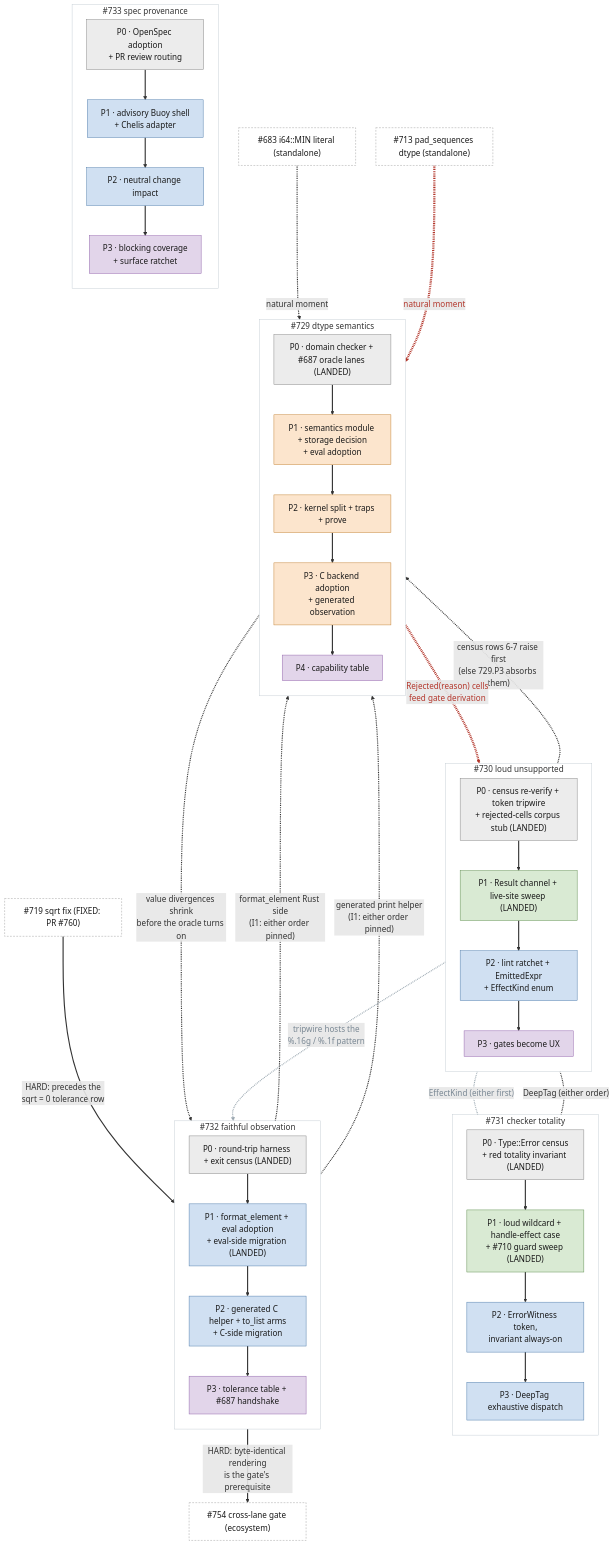
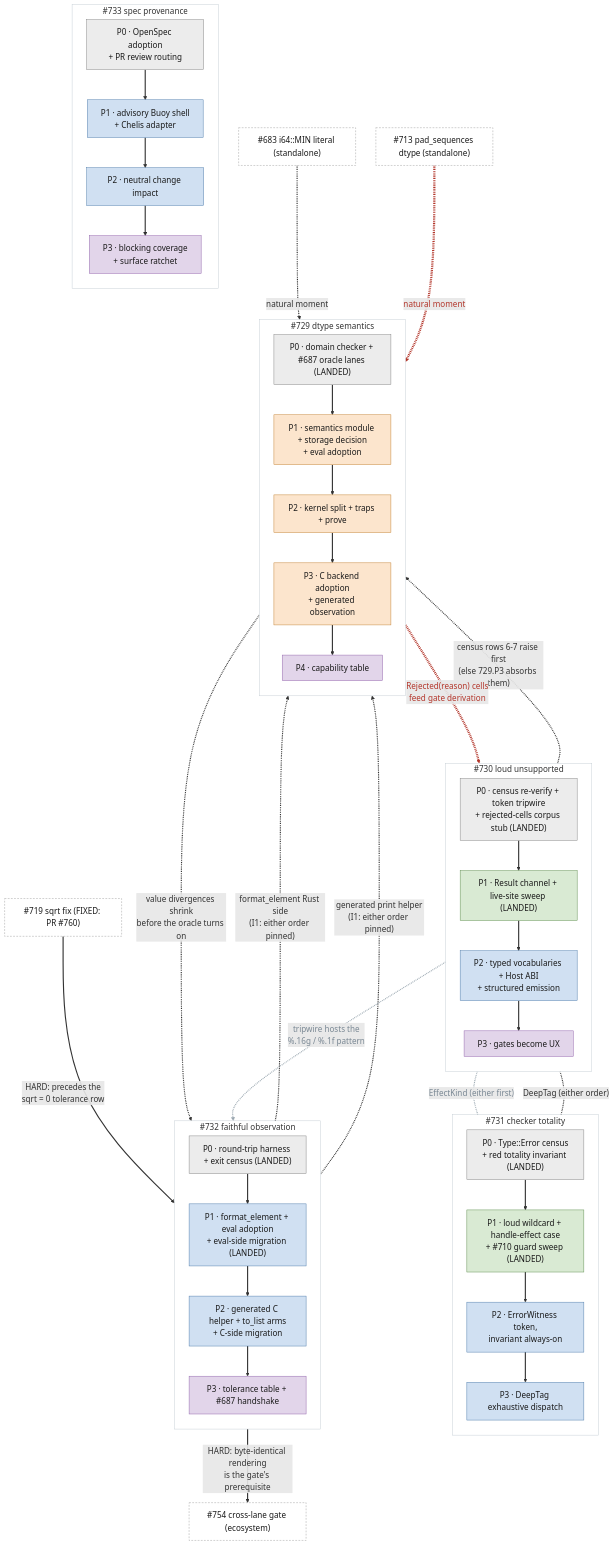
One commit to Chelis-Lang/chelis changed the diagram in spec/design/remediation_roadmap.md. Above: the diagram before and after it, drawn with Mermaid. The commit also changed other lines of this file and 7 other files, not shown here.

```diff
--- a/spec/design/remediation_roadmap.md
+++ b/spec/design/remediation_roadmap.md
@@ -148,7 +147,7 @@
     direction TB
     n730p0["P0 · census re-verify + token tripwire<br/>+ rejected-cells corpus stub (LANDED)"]:::w0
     n730p1["P1 · Result channel + live-site sweep (LANDED)"]:::w1
-    n730p2["P2 · lint ratchet + EmittedExpr<br/>+ EffectKind enum"]:::w2
+    n730p2["P2 · typed vocabularies + Host ABI<br/>+ structured emission"]:::w2
     n730p3["P3 · gates become UX"]:::w4
     n730p0 --> n730p1 --> n730p2 --> n730p3
   end
```
